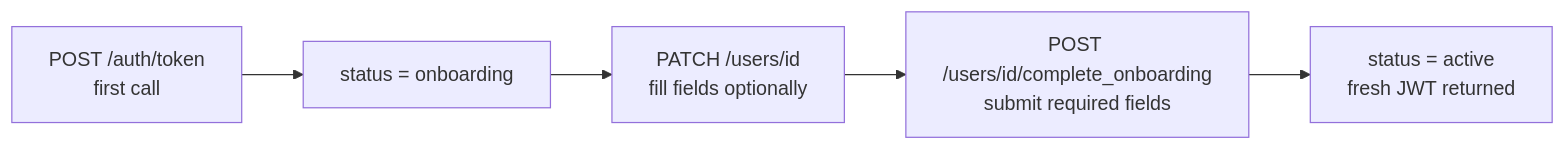
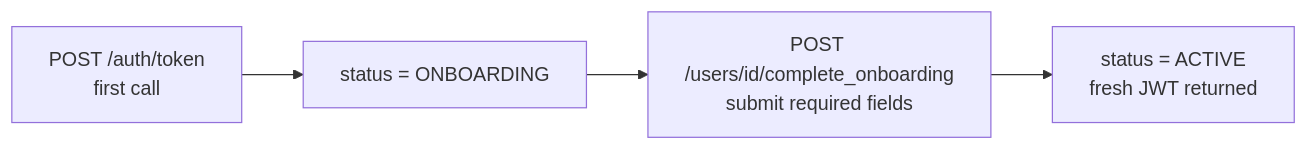
The diagram in api-reference/modules/user.mdx (anu19981/aarokya-backend), drawn with Mermaid before and after one commit. The commit also changed other lines of this file and 82 other files, not shown here.

````diff
--- a/api-reference/modules/user.mdx
+++ b/api-reference/modules/user.mdx
@@ -20,7 +20,6 @@
 ```mermaid
 flowchart LR
-    A[POST /auth/token\nfirst call] --> B[status = onboarding]
-    B --> C[PATCH /users/id\nfill fields optionally]
-    C --> D[POST /users/id/complete_onboarding\nsubmit required fields]
-    D --> E[status = active\nfresh JWT returned]
+    A[POST /auth/token<br/>first call] --> B[status = ONBOARDING]
+    B --> C[POST /users/id/complete_onboarding<br/>submit required fields]
+    C --> D[status = ACTIVE<br/>fresh JWT returned]
 ```
````
